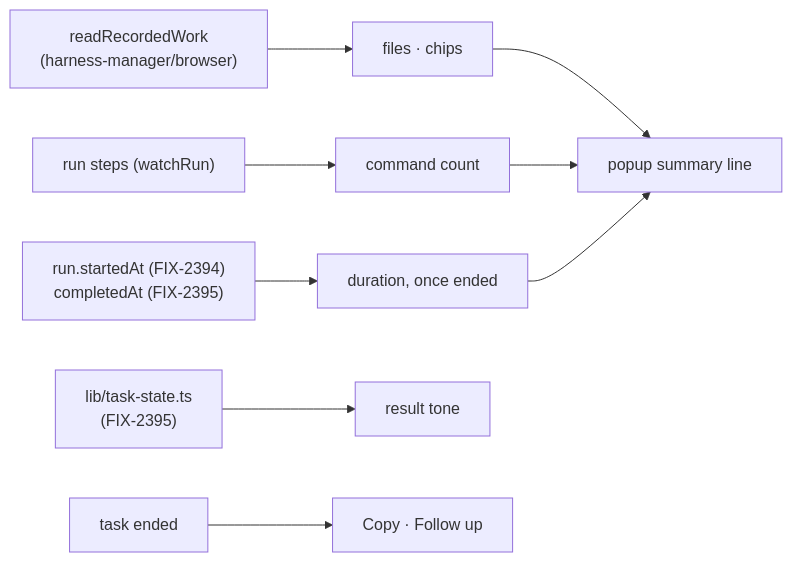
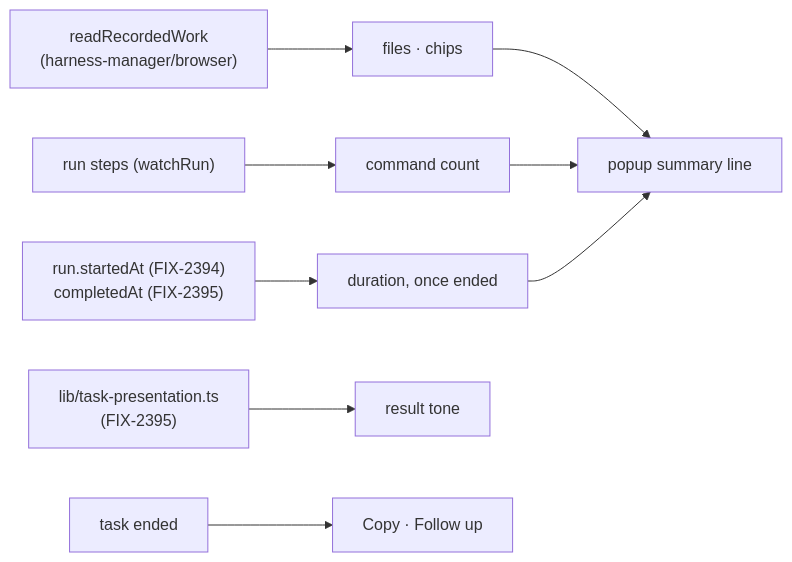
One commit to fixpoint-labs/flow-state-dev changed the diagram in specs/issues/FIX-2396/SPEC.md. Above: the diagram before and after it, drawn with Mermaid. The commit also changed other lines of this file and 4 other files, not shown here.

First line of the commit message:
feat(teammates): the task popup's duration, and its result tone from the shared helper (FIX-2396)

````diff
--- a/specs/issues/FIX-2396/SPEC.md
+++ b/specs/issues/FIX-2396/SPEC.md
@@ -34,11 +34,11 @@
 ```mermaid
 flowchart LR
   W["readRecordedWork<br/>(harness-manager/browser)"] --> F["files · chips"]
   R["run steps (watchRun)"] --> N["command count"]
   T["run.startedAt (FIX-2394)<br/>completedAt (FIX-2395)"] --> D["duration, once ended"]
   F --> H["popup summary line"]
   N --> H
   D --> H
-  S["lib/task-state.ts<br/>(FIX-2395)"] --> C["result tone"]
+  S["lib/task-presentation.ts<br/>(FIX-2395)"] --> C["result tone"]
   B["task ended"] --> A["Copy · Follow up"]
 ```
````
